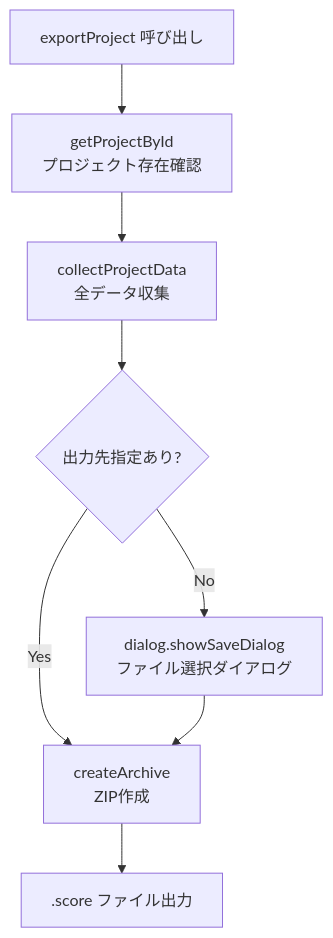
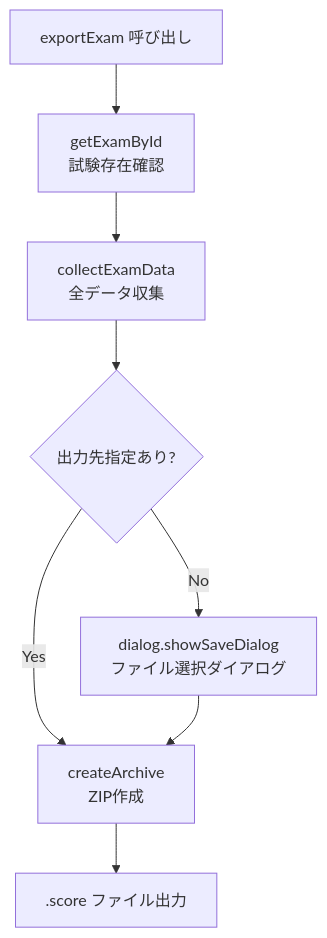
The second of 8 diagrams in docs/import-export-architecture.md (KeppyNaushika/score-at-once-electron), drawn with Mermaid before and after one commit. The commit also changed other lines of this file and 824 other files, not shown here.

First line of the commit message:
feat: Project→Exam, GradeProject→Grade 全面リネーム（v0.6.x）

````diff
--- a/docs/import-export-architecture.md
+++ b/docs/import-export-architecture.md
@@ -121,10 +121,10 @@
 ```mermaid
 flowchart TD
-    A[exportProject 呼び出し] --> B[getProjectById<br/>プロジェクト存在確認]
-    B --> C[collectProjectData<br/>全データ収集]
+    A[exportExam 呼び出し] --> B[getExamById<br/>試験存在確認]
+    B --> C[collectExamData<br/>全データ収集]
     C --> D{出力先指定あり?}
     D -->|No| E[dialog.showSaveDialog<br/>ファイル選択ダイアログ]
     D -->|Yes| F[createArchive<br/>ZIP作成]
     E --> F
     F --> G[".score ファイル出力"]
 ```
````
